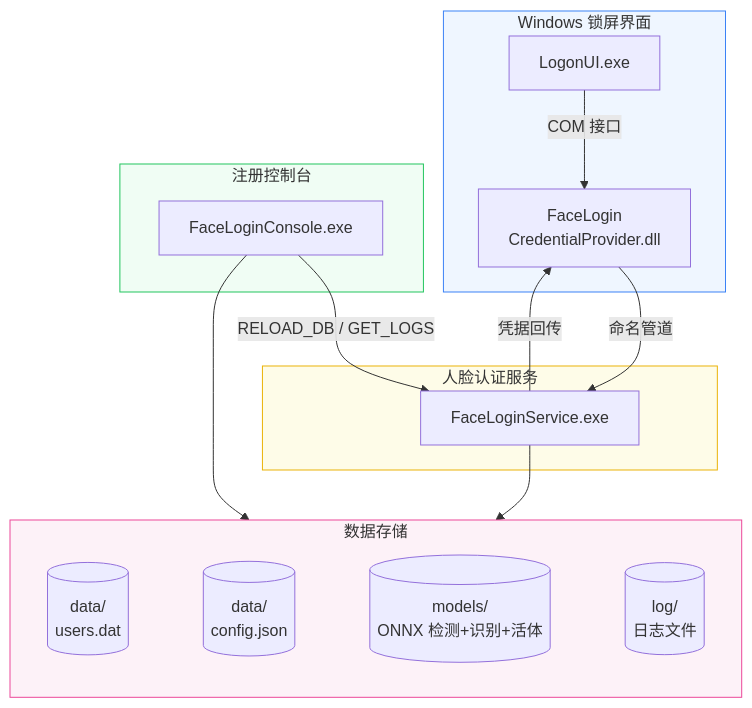
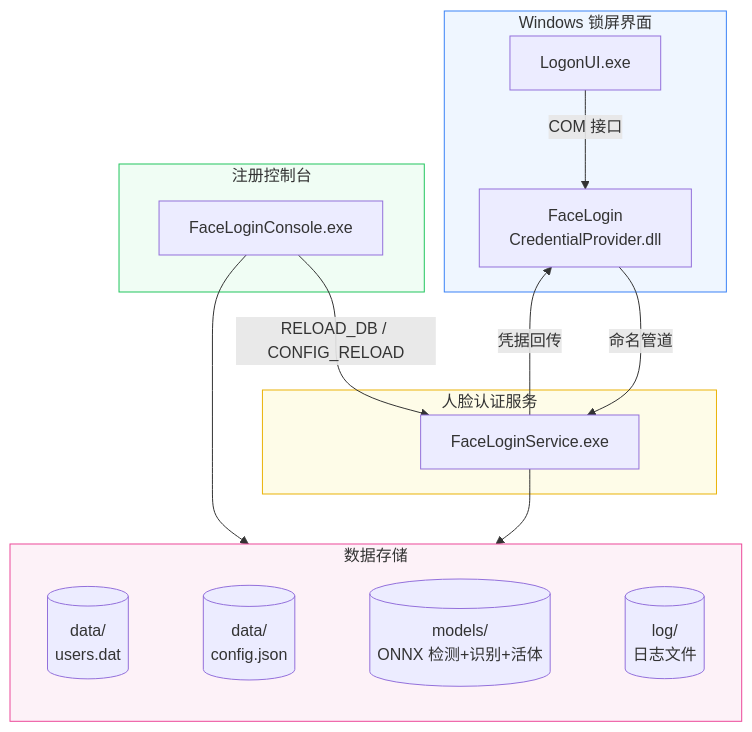
The diagram in README.md (Link2323/LockFace), drawn with Mermaid before and after one commit. The commit also changed 19 other files, not shown here.

````diff
--- a/README.md
+++ b/README.md
@@ -39,32 +39,32 @@
 ```mermaid
 flowchart TB
     subgraph LockScreen["Windows 锁屏界面"]
         LogonUI["LogonUI.exe"]
         CP["FaceLogin<br/>CredentialProvider.dll"]
     end
 
     subgraph Service["人脸认证服务"]
         Svc["FaceLoginService.exe"]
     end
 
     subgraph Enrollment["注册控制台"]
         Console["FaceLoginConsole.exe"]
     end
 
     subgraph Storage["数据存储"]
         direction LR
         UsersDB[("data/<br/>users.dat")] ~~~ Config[("data/<br/>config.json")] ~~~ Models[("models/<br/>ONNX 检测+识别+活体")] ~~~ Logs[("log/<br/>日志文件")]
     end
 
     LogonUI -->|"COM 接口"| CP
     CP -->|"命名管道"| Svc
     Svc -->|"凭据回传"| CP
-    Console -->|"RELOAD_DB / GET_LOGS"| Svc
+    Console -->|"RELOAD_DB / CONFIG_RELOAD"| Svc
     Console --> Storage
     Svc --> Storage
 
     style LockScreen fill:#eff6ff,stroke:#3b82f6
     style Service fill:#fefce8,stroke:#eab308
     style Enrollment fill:#f0fdf4,stroke:#22c55e
     style Storage fill:#fdf2f8,stroke:#ec4899
 ```
````
